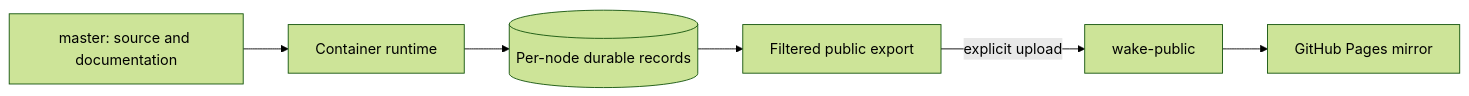
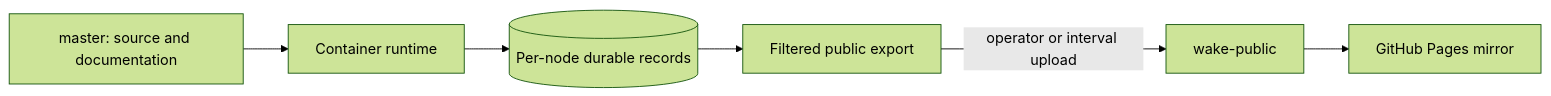
Before and after one commit to sudofx/wake: the diagram in docs/cloud.md, drawn with Mermaid (forest theme). The commit also changed other lines of this file and 40 other files, not shown here.

````diff
--- a/docs/cloud.md
+++ b/docs/cloud.md
@@ -9,8 +9,8 @@
 ```mermaid
 flowchart LR
   S[master: source and documentation] --> C[Container runtime]
   C --> R[(Per-node durable records)]
   R --> E[Filtered public export]
-  E -->|explicit upload| P[wake-public]
+  E -->|operator or interval upload| P[wake-public]
   P --> G[GitHub Pages mirror]
 ```
````
